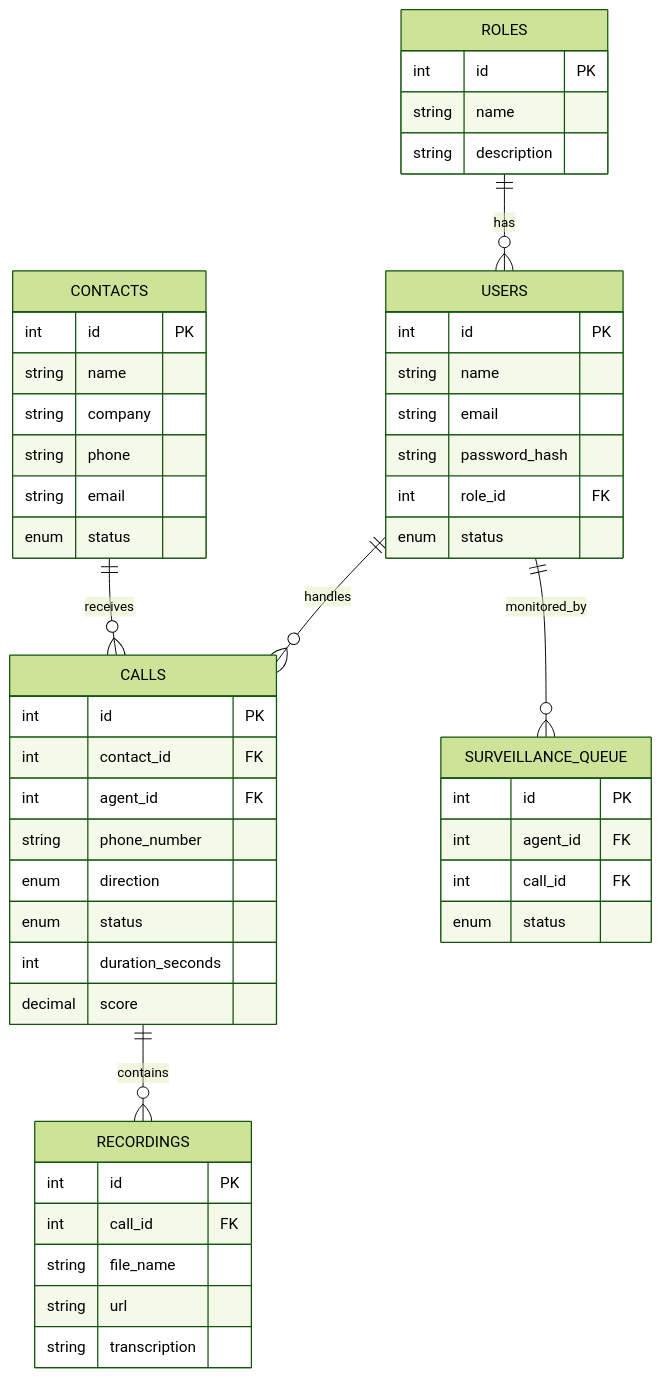
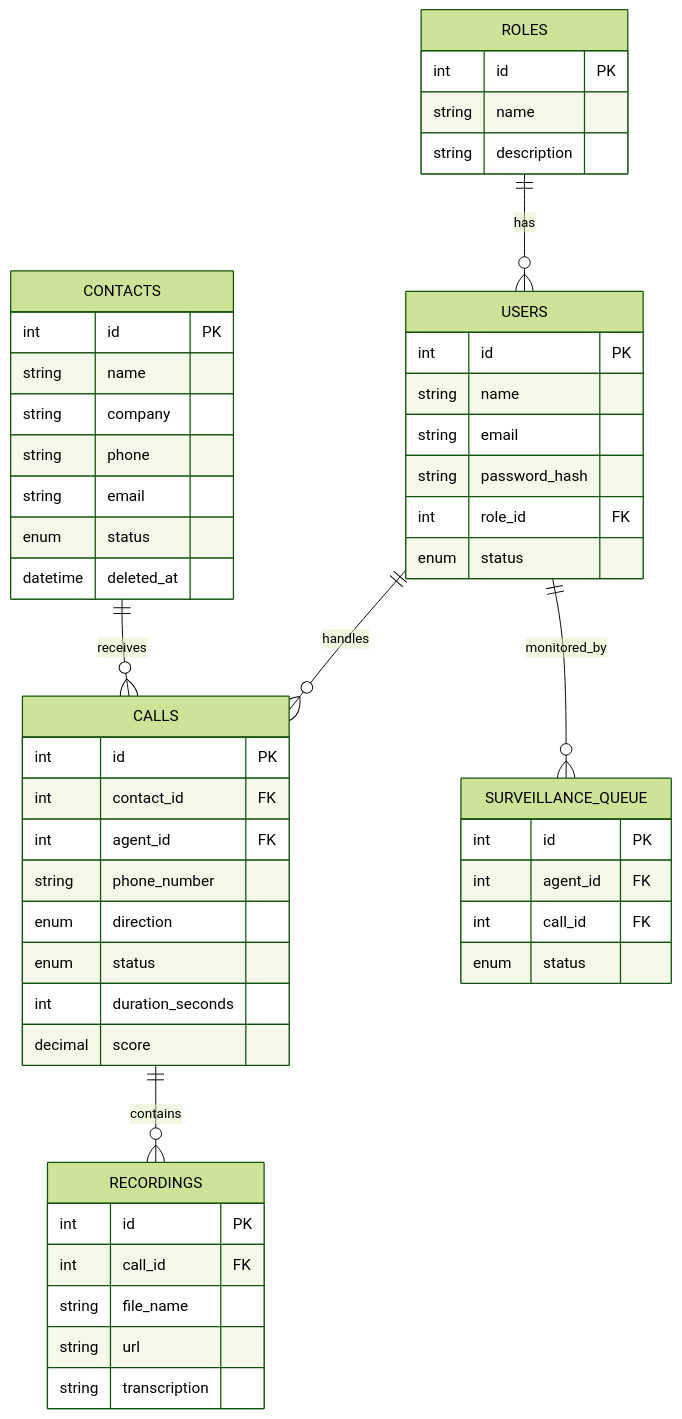
The diagram in docs/diagrama-er.md (GeckoAgar/CallManagerAI), drawn with Mermaid (forest theme) before and after one commit. The commit also changed 27 other files, not shown here.

````diff
--- a/docs/diagrama-er.md
+++ b/docs/diagrama-er.md
@@ -3,58 +3,59 @@
 ```mermaid
 erDiagram
   ROLES ||--o{ USERS : has
   USERS ||--o{ CALLS : handles
   CONTACTS ||--o{ CALLS : receives
   CALLS ||--o{ RECORDINGS : contains
   USERS ||--o{ SURVEILLANCE_QUEUE : monitored_by
 
   ROLES {
     int id PK
     string name
     string description
   }
 
   USERS {
     int id PK
     string name
     string email
     string password_hash
     int role_id FK
     enum status
   }
 
   CONTACTS {
     int id PK
     string name
     string company
     string phone
     string email
     enum status
+    datetime deleted_at
   }
 
   CALLS {
     int id PK
     int contact_id FK
     int agent_id FK
     string phone_number
     enum direction
     enum status
     int duration_seconds
     decimal score
   }
 
   RECORDINGS {
     int id PK
     int call_id FK
     string file_name
     string url
     string transcription
   }
 
   SURVEILLANCE_QUEUE {
     int id PK
     int agent_id FK
     int call_id FK
     enum status
   }
 ```
````
